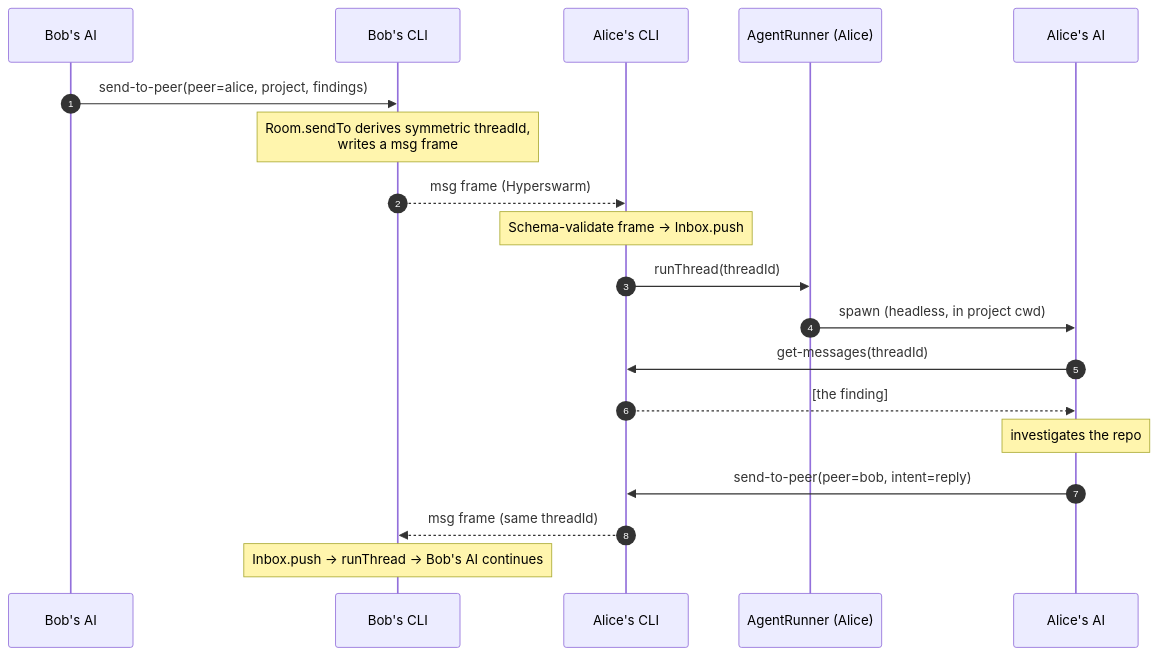
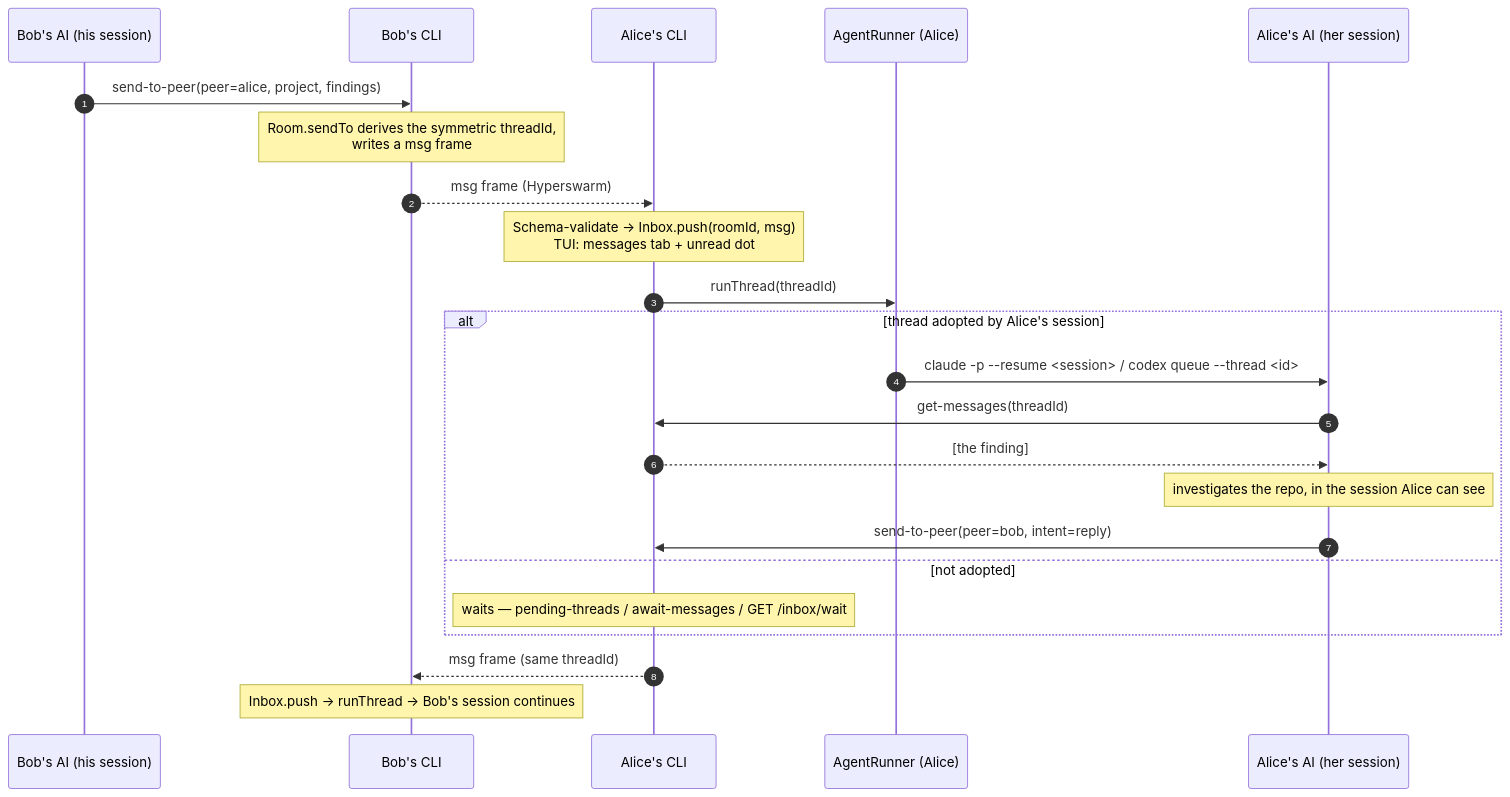
One commit to JuicyBenjamin/collagen changed the first of 3 diagrams in apps/docs/internals/message-flow.md. Above: the diagram before and after it, drawn with Mermaid. The commit also changed other lines of this file and 15 other files, not shown here.

````diff
--- a/apps/docs/internals/message-flow.md
+++ b/apps/docs/internals/message-flow.md
@@ -8,22 +8,26 @@
 ```mermaid
 sequenceDiagram
   autonumber
-  participant BA as Bob's AI
+  participant BA as Bob's AI (his session)
   participant BC as Bob's CLI
   participant AC as Alice's CLI
   participant AR as AgentRunner (Alice)
-  participant AA as Alice's AI
+  participant AA as Alice's AI (her session)
 
   BA->>BC: send-to-peer(peer=alice, project, findings)
-  Note over BC: Room.sendTo derives symmetric threadId,<br/>writes a msg frame
+  Note over BC: Room.sendTo derives the symmetric threadId,<br/>writes a msg frame
   BC-->>AC: msg frame (Hyperswarm)
-  Note over AC: Schema-validate frame → Inbox.push
+  Note over AC: Schema-validate → Inbox.push(roomId, msg)<br/>TUI: messages tab + unread dot
   AC->>AR: runThread(threadId)
-  AR->>AA: spawn (headless, in project cwd)
-  AA->>AC: get-messages(threadId)
-  AC-->>AA: [the finding]
-  Note over AA: investigates the repo
-  AA->>AC: send-to-peer(peer=bob, intent=reply)
+  alt thread adopted by Alice's session
+    AR->>AA: claude -p --resume <session> / codex queue --thread <id>
+    AA->>AC: get-messages(threadId)
+    AC-->>AA: [the finding]
+    Note over AA: investigates the repo, in the session Alice can see
+    AA->>AC: send-to-peer(peer=bob, intent=reply)
+  else not adopted
+    Note over AC: waits — pending-threads / await-messages / GET /inbox/wait
+  end
   AC-->>BC: msg frame (same threadId)
-  Note over BC: Inbox.push → runThread → Bob's AI continues
+  Note over BC: Inbox.push → runThread → Bob's session continues
 ```
````
